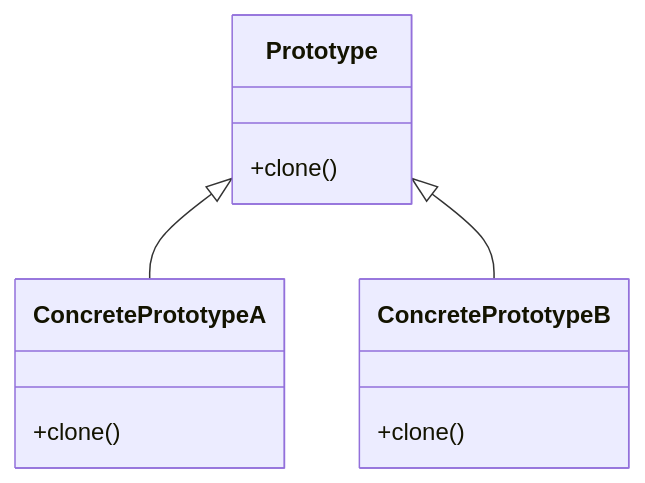
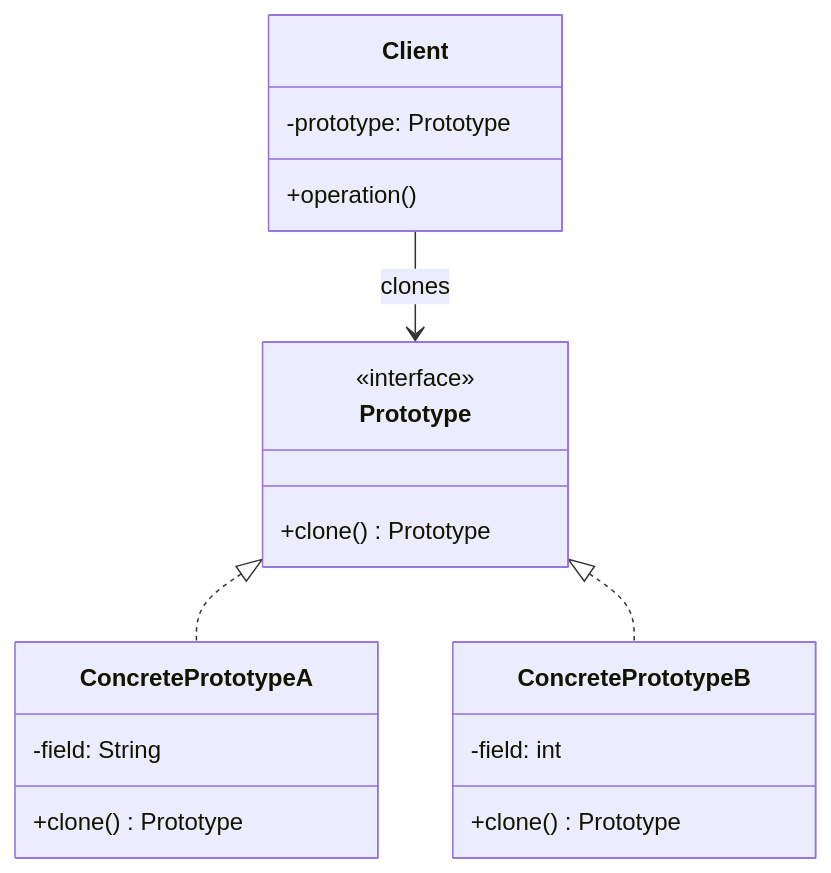
The diagram in content/collection/designpattern/04_prototype/index.md (42jerrykim/42jerrykim.github.io), drawn with Mermaid before and after one commit. The commit also changed other lines of this file, not shown here.

````diff
--- a/content/collection/designpattern/04_prototype/index.md
+++ b/content/collection/designpattern/04_prototype/index.md
@@ -584,17 +105,22 @@
 ```mermaid
 classDiagram
     class Prototype {
-        +clone()
+        <<interface>>
+        +clone() Prototype
     }
-
     class ConcretePrototypeA {
-        +clone()
+        -field: String
+        +clone() Prototype
     }
-
     class ConcretePrototypeB {
-        +clone()
+        -field: int
+        +clone() Prototype
     }
-
-    Prototype <|-- ConcretePrototypeA
-    Prototype <|-- ConcretePrototypeB
+    class Client {
+        -prototype: Prototype
+        +operation()
+    }
+    Prototype <|.. ConcretePrototypeA
+    Prototype <|.. ConcretePrototypeB
+    Client --> Prototype : clones
 ```
````
